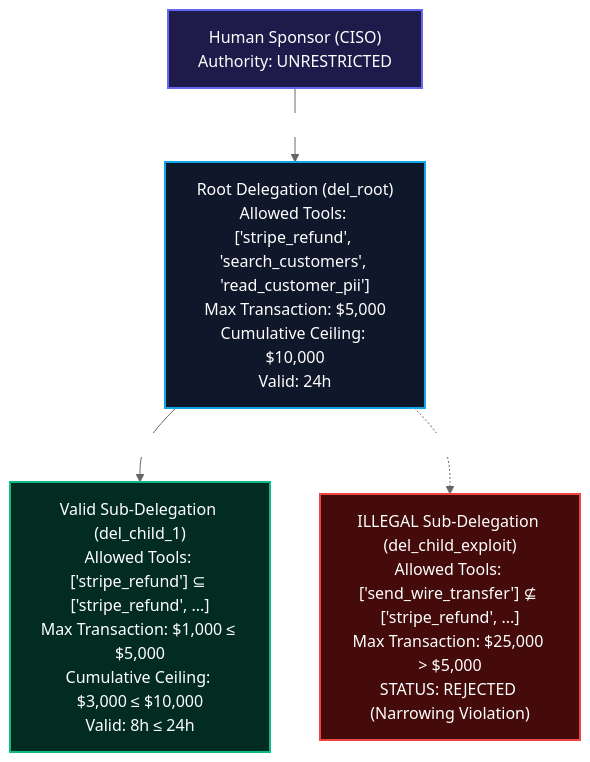
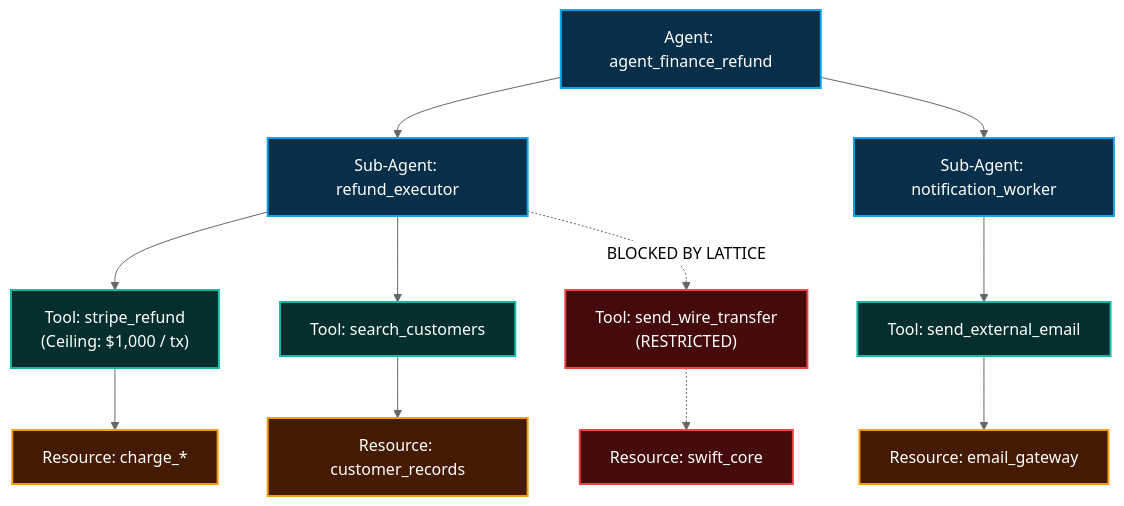
One commit to SwaRaaaj/CHRONICLE changed the fourth of 6 diagrams in README.md. Above: the diagram before and after it, drawn with Mermaid (neutral theme). The commit also changed other lines of this file, not shown here.

Commit message:
docs: master architecture specification and god diagrams by Swaraj

````diff
--- a/README.md
+++ b/README.md
@@ -205,19 +470,34 @@
 ```mermaid
 graph TD
-    classDef root fill:#1e1b4b,stroke:#6366f1,stroke-width:2px,color:#fff;
-    classDef parent fill:#0f172a,stroke:#0ea5e9,stroke-width:2px,color:#fff;
-    classDef child fill:#022c22,stroke:#10b981,stroke-width:2px,color:#fff;
-    classDef invalid fill:#450a0a,stroke:#ef4444,stroke-width:2px,color:#fff;
+    classDef agent fill:#082f49,stroke:#0ea5e9,stroke-width:2px,color:#fff;
+    classDef tool fill:#042f2e,stroke:#14b8a6,stroke-width:2px,color:#fff;
+    classDef res fill:#451a03,stroke:#f59e0b,stroke-width:2px,color:#fff;
+    classDef crit fill:#450a0a,stroke:#ef4444,stroke-width:2px,color:#fff;
 
-    HS["Human Sponsor (CISO)<br/>Authority: UNRESTRICTED"]:::root
+    AGENT["Agent: agent_finance_refund"]:::agent
+    SUB1["Sub-Agent: refund_executor"]:::agent
+    SUB2["Sub-Agent: notification_worker"]:::agent
+
+    TOOL1["Tool: stripe_refund<br/>(Ceiling: $1,000 / tx)"]:::tool
+    TOOL2["Tool: search_customers"]:::tool
+    TOOL3["Tool: send_external_email"]:::tool
+    TOOL4["Tool: send_wire_transfer<br/>(RESTRICTED)"]:::crit
+
+    RES1["Resource: charge_*"]:::res
+    RES2["Resource: customer_records"]:::res
+    RES3["Resource: email_gateway"]:::res
+    RES4["Resource: swift_core"]:::crit
+
+    AGENT --> SUB1
+    AGENT --> SUB2
+    SUB1 --> TOOL1
+    SUB1 --> TOOL2
+    SUB2 --> TOOL3
     
-    D1["Root Delegation (del_root)<br/>Allowed Tools: ['stripe_refund', 'search_customers', 'read_customer_pii']<br/>Max Transaction: $5,000<br/>Cumulative Ceiling: $10,000<br/>Valid: 24h"]:::parent
-    
-    D2["Valid Sub-Delegation (del_child_1)<br/>Allowed Tools: ['stripe_refund'] ⊆ ['stripe_refund', ...]<br/>Max Transaction: $1,000 ≤ $5,000<br/>Cumulative Ceiling: $3,000 ≤ $10,000<br/>Valid: 8h ≤ 24h"]:::child
+    TOOL1 --> RES1
+    TOOL2 --> RES2
+    TOOL3 --> RES3
 
-    D3["ILLEGAL Sub-Delegation (del_child_exploit)<br/>Allowed Tools: ['send_wire_transfer'] ⊈ ['stripe_refund', ...]<br/>Max Transaction: $25,000 > $5,000<br/>STATUS: REJECTED (Narrowing Violation)"]:::invalid
-
-    HS -->|Signs Ed25519| D1
-    D1 -->|Lead Agent Signs| D2
-    D1 -.->|Attempted Escalation| D3
+    SUB1 -.->|BLOCKED BY LATTICE| TOOL4
+    TOOL4 -.-> RES4
 ```
````
